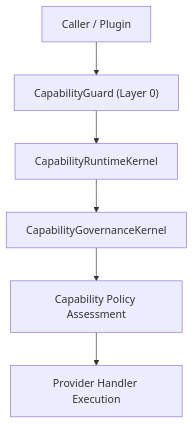
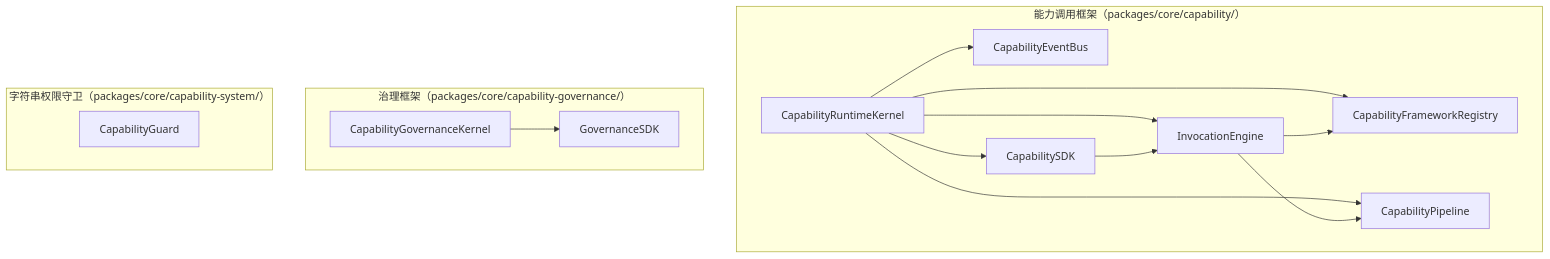
Before and after one commit to aymwoo/OpenLearn-Next-V2: the diagram in docs/architecture/capability-gateway.md, drawn with Mermaid. The commit also changed other lines of this file and 52 other files, not shown here.

````diff
--- a/docs/architecture/capability-gateway.md
+++ b/docs/architecture/capability-gateway.md
@@ -9,8 +18,25 @@
 ```mermaid
 graph TD
-    A["Caller / Plugin"] --> B["CapabilityGuard (Layer 0)"]
-    B --> C["CapabilityRuntimeKernel"]
-    C --> D["CapabilityGovernanceKernel"]
-    D --> E["Capability Policy Assessment"]
-    E --> F["Provider Handler Execution"]
+    subgraph A["能力调用框架（packages/core/capability/）"]
+        A1["CapabilityRuntimeKernel"]
+        A2["CapabilityFrameworkRegistry"]
+        A3["CapabilityPipeline"]
+        A4["InvocationEngine"]
+        A5["CapabilityEventBus"]
+        A6["CapabilitySDK"]
+        A1 --> A2 & A3 & A4 & A5 & A6
+        A6 --> A4
+        A4 --> A2
+        A4 --> A3
+    end
+
+    subgraph B["治理框架（packages/core/capability-governance/）"]
+        B1["CapabilityGovernanceKernel"]
+        B2["GovernanceSDK"]
+        B1 --> B2
+    end
+
+    subgraph C["字符串权限守卫（packages/core/capability-system/）"]
+        C1["CapabilityGuard"]
+    end
 ```
````
